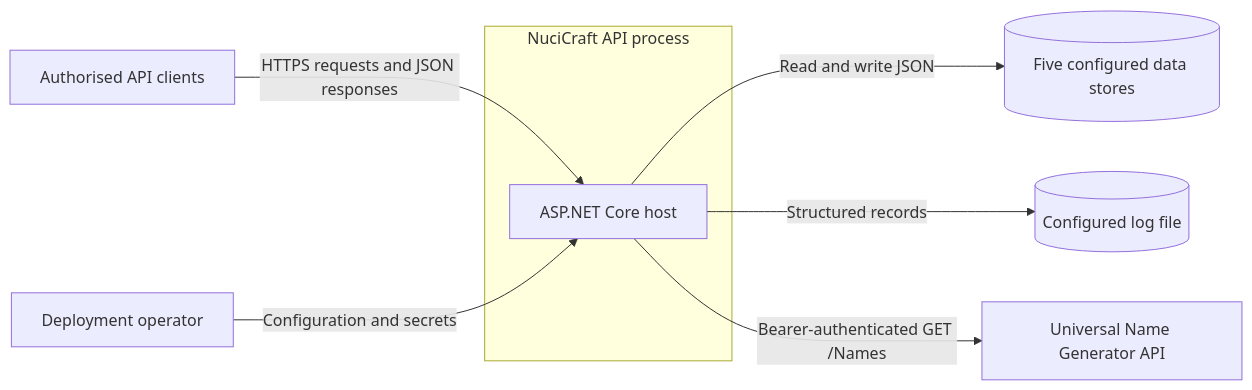
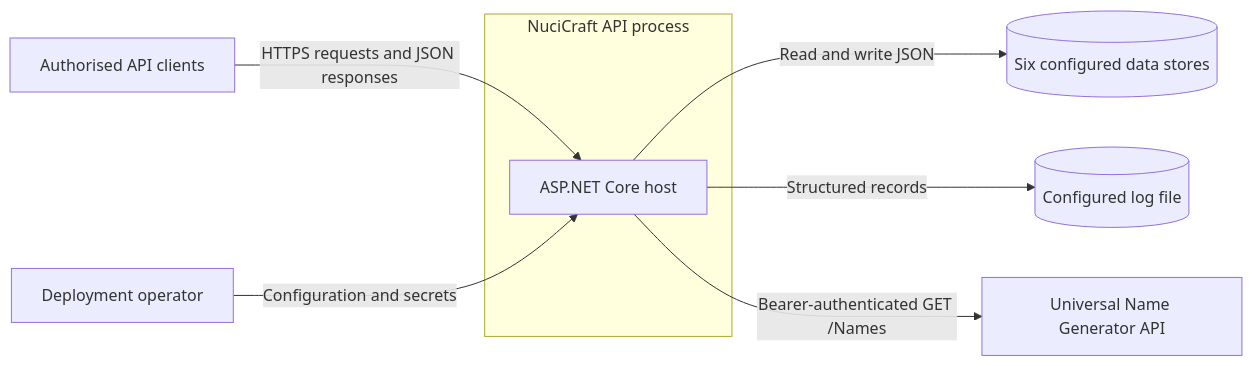
The first of 7 diagrams in ARCHITECTURE.md (hmlendea/nucicraft-api), drawn with Mermaid before and after one commit. The commit also changed other lines of this file and 22 other files, not shown here.

````diff
--- a/ARCHITECTURE.md
+++ b/ARCHITECTURE.md
@@ -52,13 +52,13 @@
 ```mermaid
 flowchart LR
         Client["Authorised API clients"] -->|"HTTPS requests and JSON responses"| Host
         Operator["Deployment operator"] -->|"Configuration and secrets"| Host
 
         subgraph System["NuciCraft API process"]
                 Host["ASP.NET Core host"]
     end
 
-        Host -->|"Read and write JSON"| Stores[("Five configured data stores")]
+        Host -->|"Read and write JSON"| Stores[("Six configured data stores")]
         Host -->|"Structured records"| Logs[("Configured log file")]
         Host -->|"Bearer-authenticated GET /Names"| NameGenerator["Universal Name Generator API"]
 ```
````
